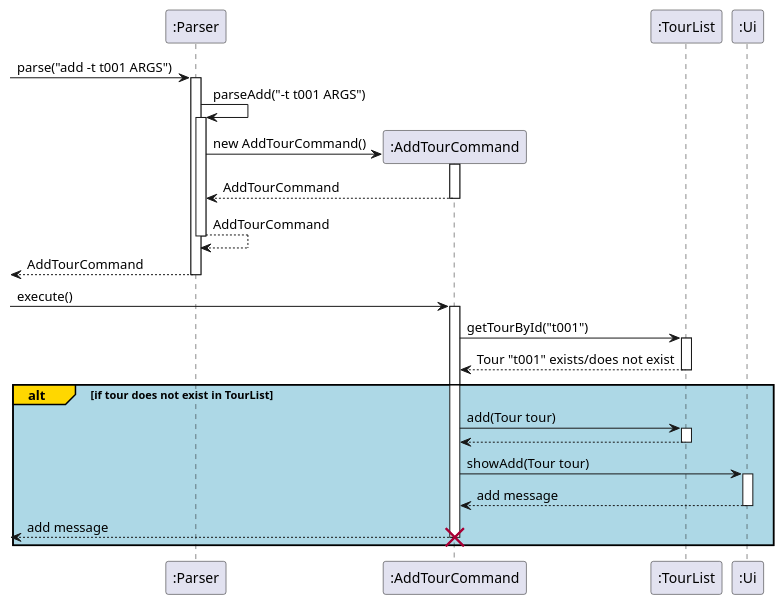
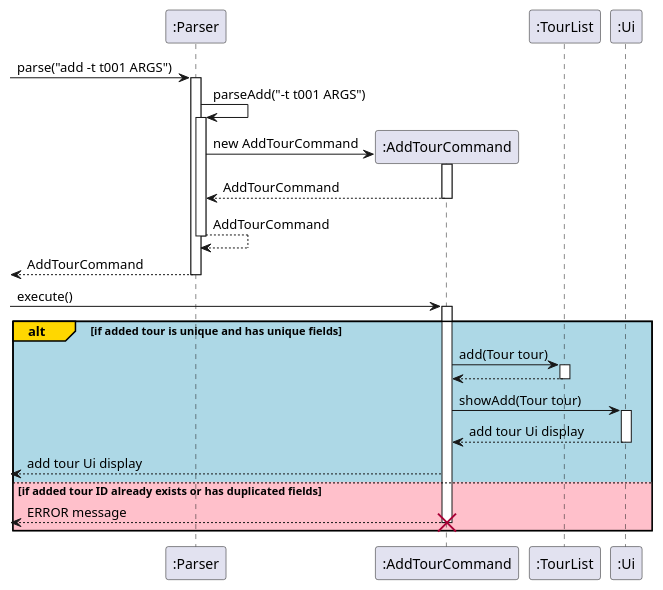
Before and after one commit to nus-cs2113-AY2122S1/tp: the diagram in src/main/java/seedu/uml/AddTourCommand.puml, drawn with PlantUML. The commit also changed 4 other files, not shown here.

Commit message:
Add UML diagram for DG for add client package

```diff
--- a/src/main/java/seedu/uml/AddTourCommand.puml
+++ b/src/main/java/seedu/uml/AddTourCommand.puml
@@ -1,46 +1,44 @@
 @startuml
 
 participant ":Parser" as Parser
 participant ":AddTourCommand" as ATC
 participant ":TourList" as TourList
 participant ":Ui" as Ui
 
 -> Parser : parse("add -t t001 ARGS")
 activate Parser
     Parser -> Parser: parseAdd("-t t001 ARGS")
     activate Parser
     create ATC
-    Parser -> ATC : new AddTourCommand()
+    Parser -> ATC : new AddTourCommand
     activate ATC
     ATC --> Parser : AddTourCommand
     deactivate ATC
     Parser --> Parser: AddTourCommand
     deactivate Parser
     <-- Parser: AddTourCommand
 deactivate Parser
 
 -> ATC : execute()
     activate ATC
-        ATC -> TourList : getTourById("t001")
-        activate TourList
-        ATC <--TourList : Tour "t001" exists/does not exist
-        deactivate TourList
 
-    alt#Gold #LightBlue if tour does not exist in TourList
+
+    alt#Gold #LightBlue if added tour is unique and has unique fields
 
         ATC -> TourList: add(Tour tour)
         activate TourList
         ATC <-- TourList:
         deactivate TourList
         ATC -> Ui : showAdd(Tour tour)
         activate Ui
-        ATC <-- Ui : add message
+        ATC <-- Ui : add tour Ui display
         deactivate Ui
-        <-- ATC : add message
+        <-- ATC: add tour Ui display
+
+   else #Pink if added tour ID already exists or has duplicated fields
+        <-- ATC : ERROR message
+
+        deactivate ATC
         destroy ATC
-        deactivate ATC
-
-    destroy ATC
-    deactivate ATC
     end
 @enduml
```
